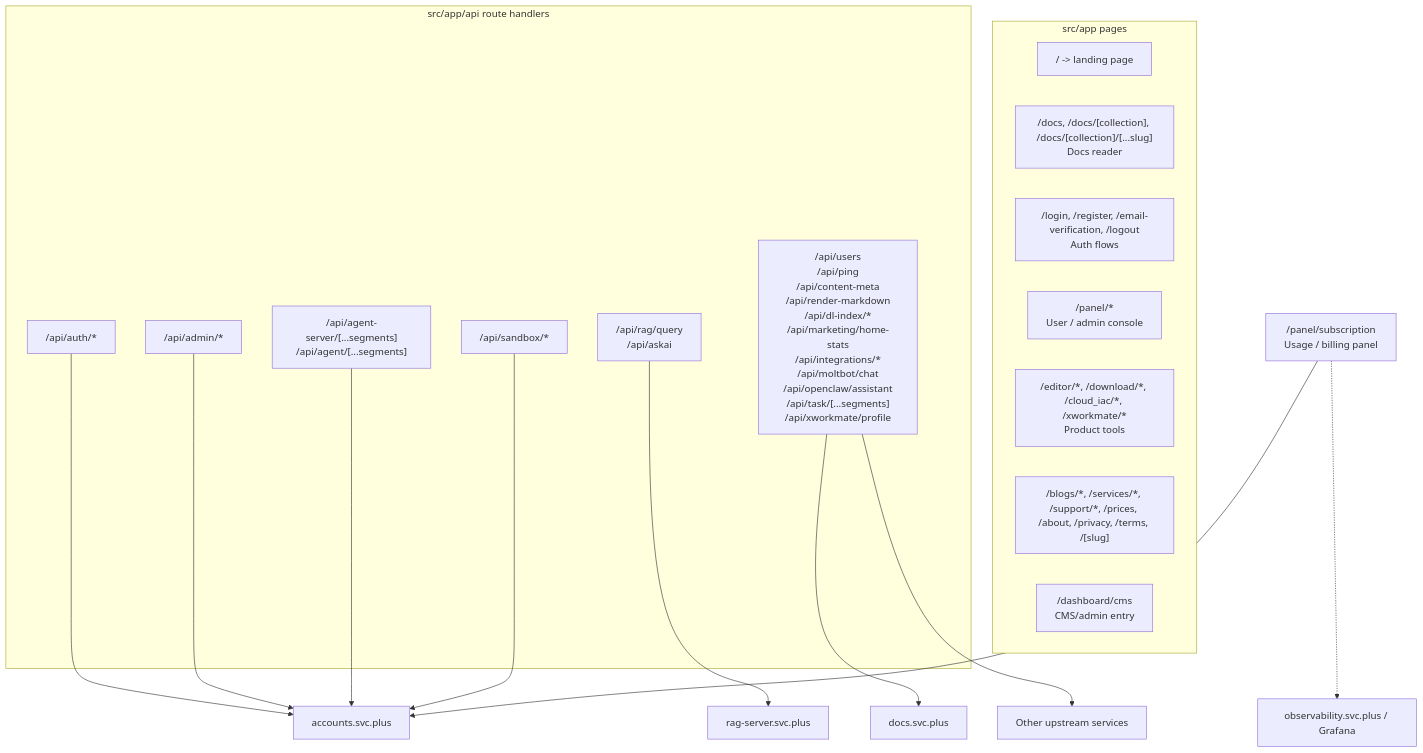
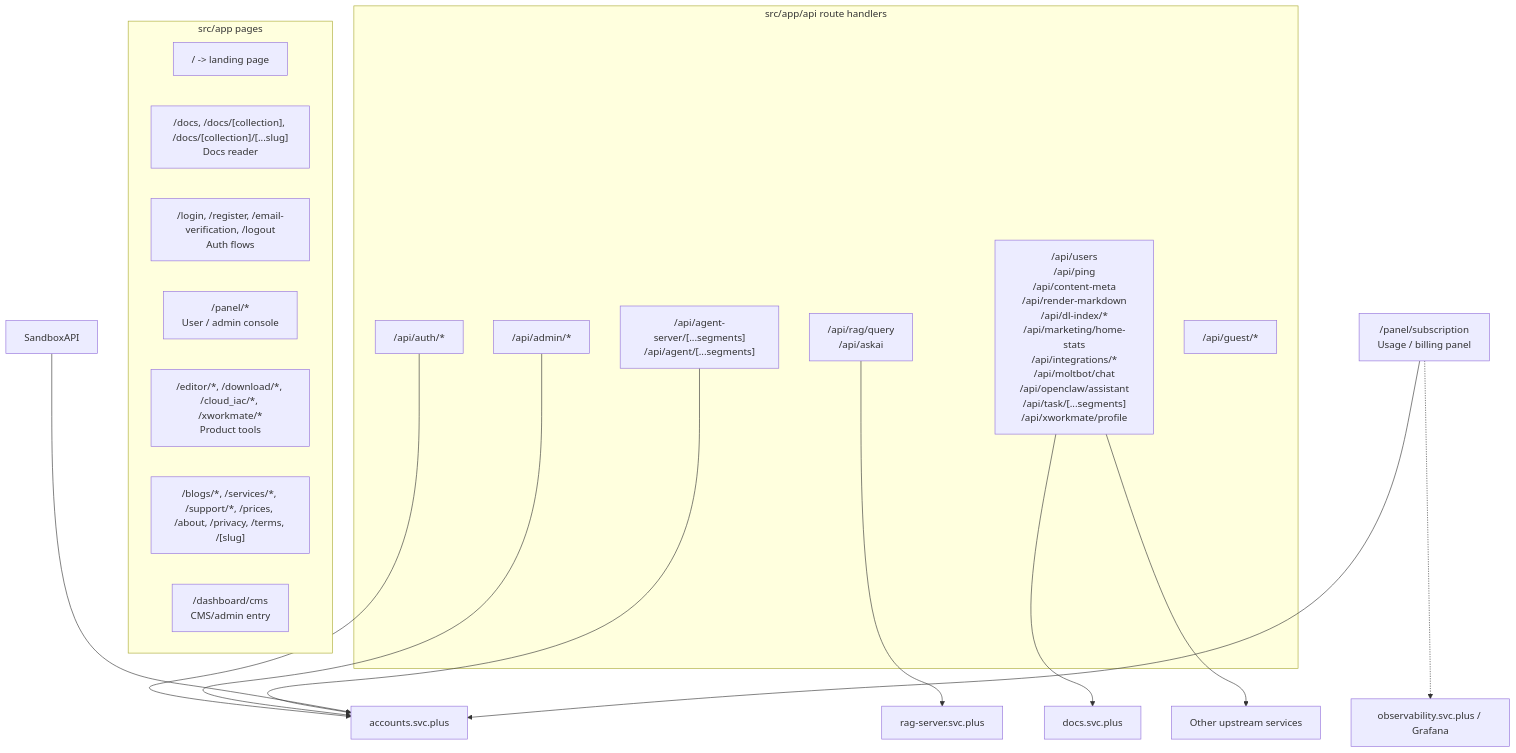
Before and after one commit to cloud-neutral-toolkit/console.svc.plus: the diagram in docs/architecture/web-console/overview.md, drawn with Mermaid. The commit also changed other lines of this file and 23 other files, not shown here.

Commit message:
Remove sandbox guest identity exposure

````diff
--- a/docs/architecture/web-console/overview.md
+++ b/docs/architecture/web-console/overview.md
@@ -9,38 +9,38 @@
 ```mermaid
 flowchart TB
   subgraph Pages["src/app pages"]
     Root["/ -> landing page"]
     Docs["/docs, /docs/[collection], /docs/[collection]/[...slug]\nDocs reader"]
     Auth["/login, /register, /email-verification, /logout\nAuth flows"]
     Panel["/panel/*\nUser / admin console"]
     Tools["/editor/*, /download/*, /cloud_iac/*, /xworkmate/*\nProduct tools"]
     Content["/blogs/*, /services/*, /support/*, /prices, /about, /privacy, /terms, /[slug]"]
     Admin["/dashboard/cms\nCMS/admin entry"]
   end
 
   subgraph BFF["src/app/api route handlers"]
     AuthAPI["/api/auth/*"]
     AdminAPI["/api/admin/*"]
     AgentAPI["/api/agent-server/[...segments]\n/api/agent/[...segments]"]
     RagAPI["/api/rag/query\n/api/askai"]
     UtilAPI["/api/users\n/api/ping\n/api/content-meta\n/api/render-markdown\n/api/dl-index/*\n/api/marketing/home-stats\n/api/integrations/*\n/api/moltbot/chat\n/api/openclaw/assistant\n/api/task/[...segments]\n/api/xworkmate/profile"]
-    SandboxAPI["/api/sandbox/*"]
+    GuestAPI["/api/guest/*"]
   end
 
   Accounts["accounts.svc.plus"]
   Rag["rag-server.svc.plus"]
   DocsSvc["docs.svc.plus"]
   Grafana["observability.svc.plus / Grafana"]
   External["Other upstream services"]
   Subscription["/panel/subscription\nUsage / billing panel"]
 
   AuthAPI --> Accounts
   AdminAPI --> Accounts
   AgentAPI --> Accounts
   RagAPI --> Rag
   UtilAPI --> DocsSvc
   UtilAPI --> External
   SandboxAPI --> Accounts
   Subscription --> Accounts
   Subscription -.-> Grafana
 ```
````
